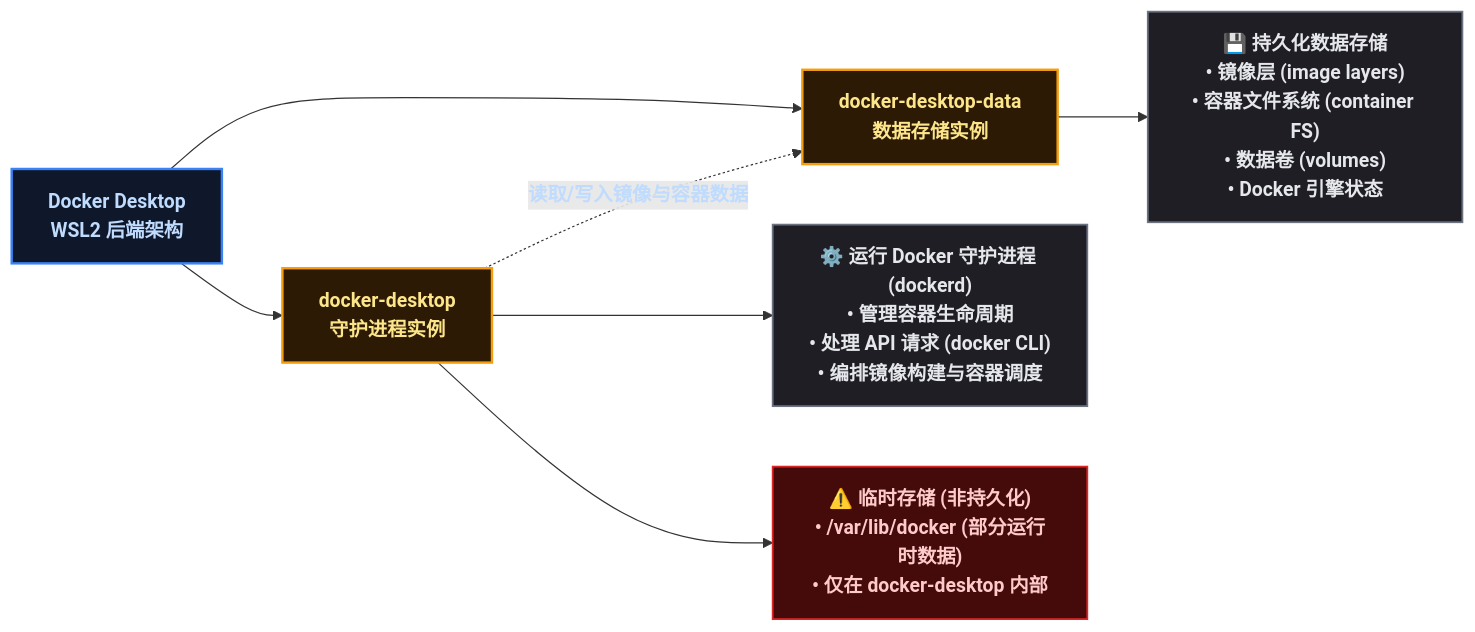
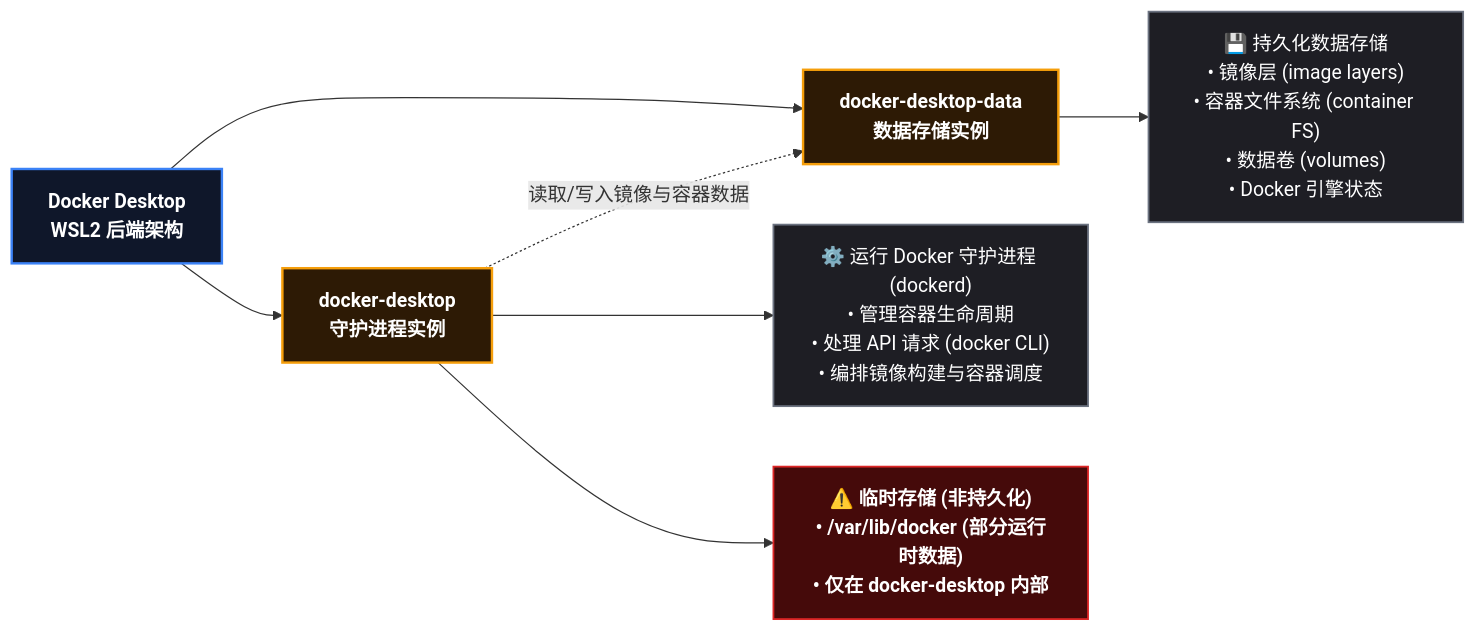
Before and after one commit to yaocat55/yaocat55.github.io: the first of 5 diagrams in content/posts/kubernetes/WslDockerDataPersistence.md, drawn with Mermaid. The commit also changed other lines of this file and 27 other files, not shown here.

Commit message:
docs: 全系列 93 张 Mermaid 图 classDef 改为 style 强制深底白字(修复部分渲染器白底浅字)+历史文件格式清理

````diff
--- a/content/posts/kubernetes/WslDockerDataPersistence.md
+++ b/content/posts/kubernetes/WslDockerDataPersistence.md
@@ -71,27 +71,24 @@
 ```mermaid
 flowchart LR
     %% ==========================================
     %% 样式定义
     %% ==========================================
-classDef root fill:#0f172a,stroke:#3b82f6,stroke-width:2px,color:#bfdbfe,font-weight:bold;
-classDef branch fill:#2d1a05,stroke:#f59e0b,stroke-width:2px,color:#fde68a,font-weight:bold;
-classDef leaf fill:#1e1e24,stroke:#6b7280,stroke-width:1.5px,color:#e5e7eb;
-classDef danger fill:#450a0a,stroke:#dc2626,stroke-width:1.5px,color:#fecaca,font-weight:bold;
 
     ROOT[Docker Desktop\nWSL2 后端架构]
 
     ROOT --> DD[docker-desktop\n守护进程实例]
     ROOT --> DDD[docker-desktop-data\n数据存储实例]
 
     DD --> DD_ROLE["⚙️ 运行 Docker 守护进程 (dockerd)\n• 管理容器生命周期\n• 处理 API 请求 (docker CLI)\n• 编排镜像构建与容器调度"]
     DD --> DD_STORAGE["⚠️ 临时存储 (非持久化)\n• /var/lib/docker (部分运行时数据)\n• 仅在 docker-desktop 内部"]
 
     DDD --> DDD_ROLE["💾 持久化数据存储\n• 镜像层 (image layers)\n• 容器文件系统 (container FS)\n• 数据卷 (volumes)\n• Docker 引擎状态"]
 
     DD -.->|读取/写入镜像与容器数据| DDD
-
-    class ROOT root;
-    class DD,DDD branch;
-    class DD_ROLE,DDD_ROLE leaf;
-    class DD_STORAGE danger;
+    style ROOT fill:#0f172a,stroke:#3b82f6,stroke-width:2px,color:#ffffff,font-weight:bold
+    style DD fill:#2d1a05,stroke:#f59e0b,stroke-width:2px,color:#ffffff,font-weight:bold
+    style DDD fill:#2d1a05,stroke:#f59e0b,stroke-width:2px,color:#ffffff,font-weight:bold
+    style DD_ROLE fill:#1e1e24,stroke:#6b7280,stroke-width:1.5px,color:#ffffff
+    style DDD_ROLE fill:#1e1e24,stroke:#6b7280,stroke-width:1.5px,color:#ffffff
+    style DD_STORAGE fill:#450a0a,stroke:#dc2626,stroke-width:1.5px,color:#ffffff,font-weight:bold
 ```
````
